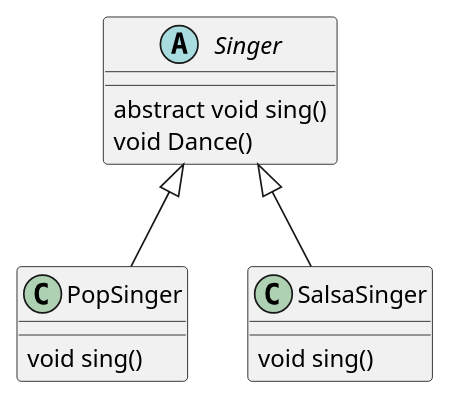
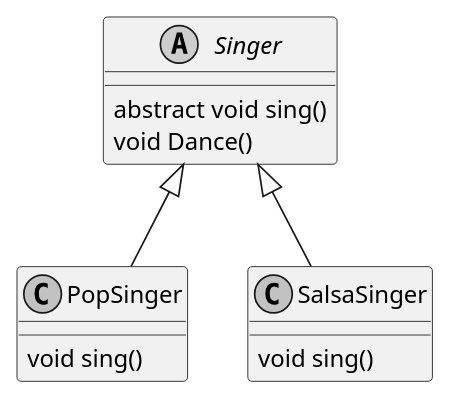
Before and after one commit to xenodium/xenodium.github.io: the diagram in index.org, drawn with PlantUML. The commit also changed other lines of this file and 2 other files, not shown here.

Commit message:
More bookmarks and monochrome plantuml sample

```diff
--- a/index.org
+++ b/index.org
@@ -1230,20 +1230,21 @@
 #+BEGIN_SRC plantuml :exports both :file images/plantuml-example/plantuml-singer.png
   @startuml
     abstract class Singer {
       abstract void sing()
       void Dance()
     }
 
+    skinparam monochrome true
     Singer <|-- PopSinger
     Singer <|-- SalsaSinger
 
     class PopSinger {
       void sing()
     }
 
     class SalsaSinger {
       void sing()
     }
 
   @enduml
 #+END_SRC
```
